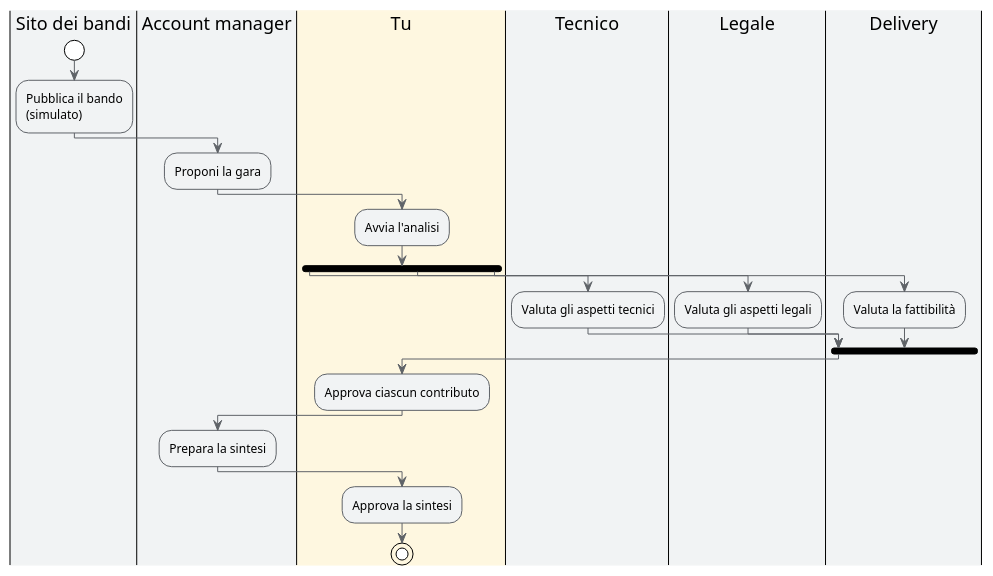
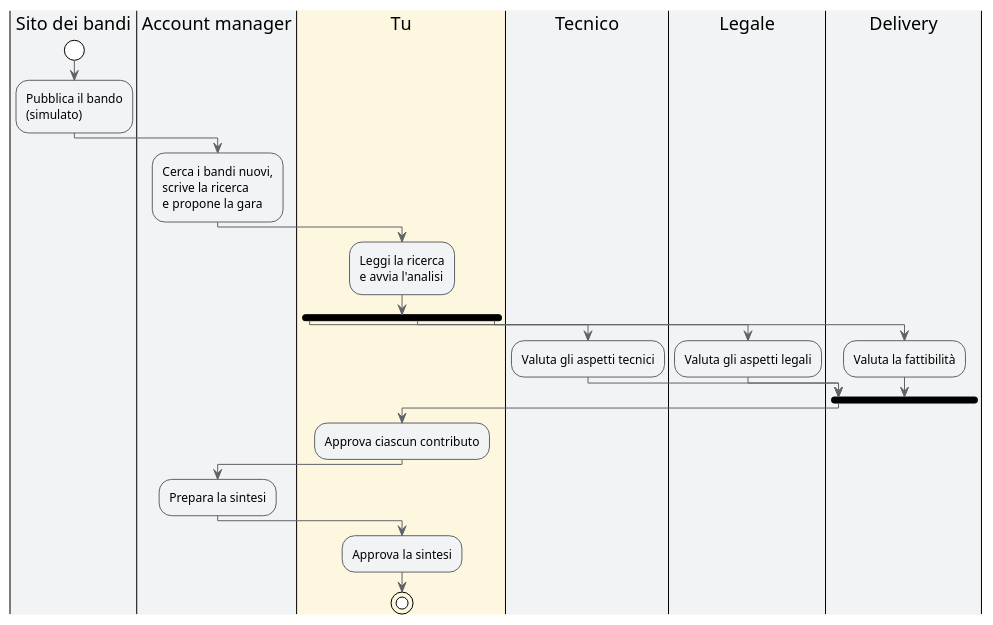
One commit to salaroglio/mdexplorer-demo changed the diagram in citta-degli-agenti/gara/README.md. Above: the diagram before and after it, drawn with PlantUML. The commit also changed other lines of this file, not shown here.

Commit message:
docs(demo): la pagina della gara dice della ricerca, dei responsabili e dei due output

````diff
--- a/citta-degli-agenti/gara/README.md
+++ b/citta-degli-agenti/gara/README.md
@@ -31,39 +38,39 @@
 ```plantuml
 @startuml
 !theme plain
 skinparam ActivityBackgroundColor #F1F3F4
 skinparam ActivityBorderColor #5F6368
 skinparam ArrowColor #5F6368
 
 |#F1F3F4|Sito dei bandi|
 start
 :Pubblica il bando\n(simulato);
 
 |#F1F3F4|Account manager|
-:Proponi la gara;
+:Cerca i bandi nuovi,\nscrive la ricerca\ne propone la gara;
 
 |#FEF7E0|Tu|
-:Avvia l'analisi;
+:Leggi la ricerca\ne avvia l'analisi;
 
 fork
   |#F1F3F4|Tecnico|
   :Valuta gli aspetti tecnici;
 fork again
   |#F1F3F4|Legale|
   :Valuta gli aspetti legali;
 fork again
   |#F1F3F4|Delivery|
   :Valuta la fattibilità;
 end fork
 
 |#FEF7E0|Tu|
 :Approva ciascun contributo;
 
 |#F1F3F4|Account manager|
 :Prepara la sintesi;
 
 |#FEF7E0|Tu|
 :Approva la sintesi;
 stop
 @enduml
 ```
````
